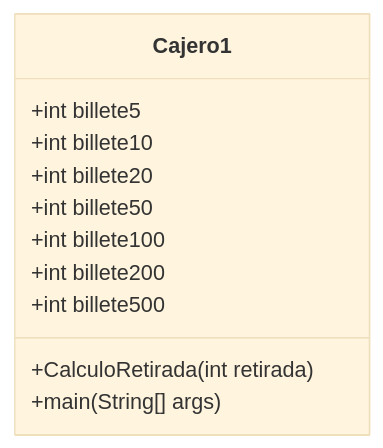
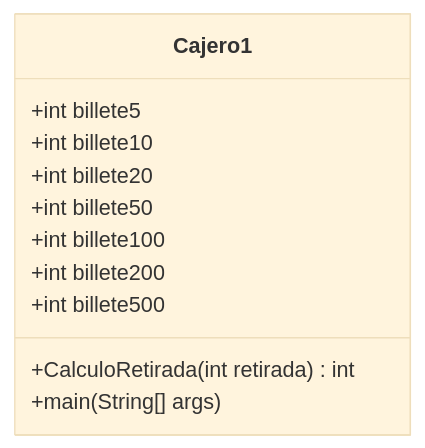
The diagram in README.md (angelaserantes/ejercicio_semana_septima), drawn with Mermaid (base theme) before and after one commit.

Commit message:
diagrama de clase actualizado

````diff
--- a/README.md
+++ b/README.md
@@ -9,13 +9,13 @@
 ```mermaid
 classDiagram
 class Cajero1
 Cajero1 : +int billete5
 Cajero1 : +int billete10
 Cajero1 : +int billete20
 Cajero1 : +int billete50
 Cajero1 : +int billete100
 Cajero1 : +int billete200
 Cajero1 : +int billete500
-Cajero1 : +CalculoRetirada(int retirada)
+Cajero1 : +CalculoRetirada(int retirada) int
 Cajero1: +main(String[] args)
 ```
````
